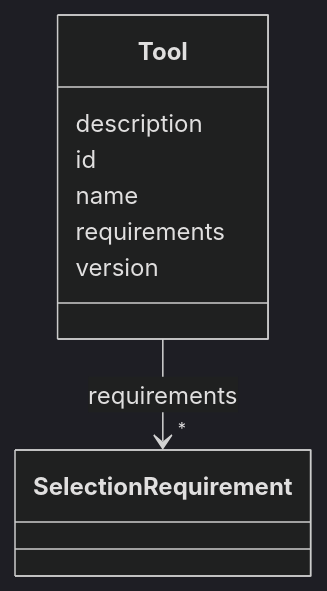
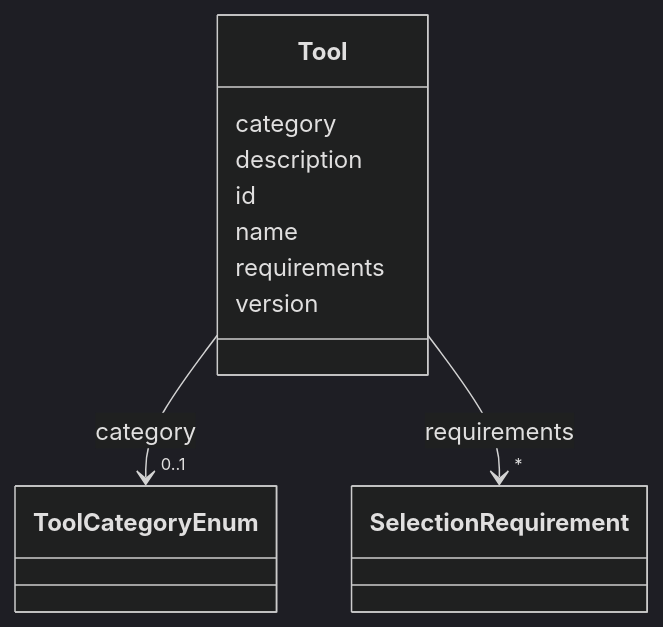
The diagram in schema-docs-md/classes/Tool.md (debrief/debrief-future), drawn with Mermaid (dark theme) before and after one commit. The commit also changed other lines of this file and 94 other files, not shown here.

````diff
--- a/schema-docs-md/classes/Tool.md
+++ b/schema-docs-md/classes/Tool.md
@@ -19,25 +19,36 @@
 ```mermaid
  classDiagram
     class Tool
     click Tool href "../../classes/Tool/"
+      Tool : category
+        
+          
+    
+        
+        
+        Tool --> "0..1" ToolCategoryEnum : category
+        click ToolCategoryEnum href "../../enums/ToolCategoryEnum/"
+    
+
+        
       Tool : description
         
       Tool : id
         
       Tool : name
         
       Tool : requirements
         
           
     
         
         
         Tool --> "*" SelectionRequirement : requirements
         click SelectionRequirement href "../../classes/SelectionRequirement/"
     
 
         
       Tool : version
         
       
 ```
````
